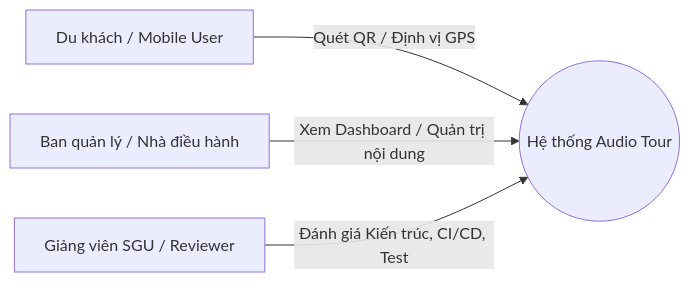
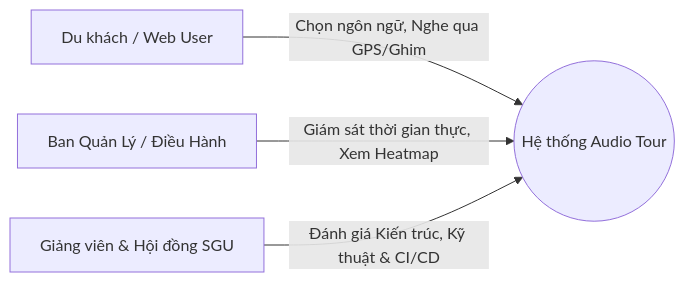
The first of 4 diagrams in docs/PID.md (HuynhQuang16032006/Multi_Languages_Automatic_Translation), drawn with Mermaid before and after one commit. The commit also changed other lines of this file and 4 other files, not shown here.

````diff
--- a/docs/PID.md
+++ b/docs/PID.md
@@ -68,6 +69,6 @@
 ```mermaid
 graph LR
-    Tourist[Du khách / Mobile User] -->|Quét QR / Định vị GPS| System((Hệ thống Audio Tour))
-    Operator[Ban quản lý / Nhà điều hành] -->|Xem Dashboard / Quản trị nội dung| System
-    Lecturer[Giảng viên SGU / Reviewer] -->|Đánh giá Kiến trúc, CI/CD, Test| System
+    Tourist[Du khách / Web User] -->|Chọn ngôn ngữ, Nghe qua GPS/Ghim| System((Hệ thống Audio Tour))
+    Admin[Ban Quản Lý / Điều Hành] -->|Giám sát thời gian thực, Xem Heatmap| System
+    SGU[Giảng viên & Hội đồng SGU] -->|Đánh giá Kiến trúc, Kỹ thuật & CI/CD| System
 ```
````
